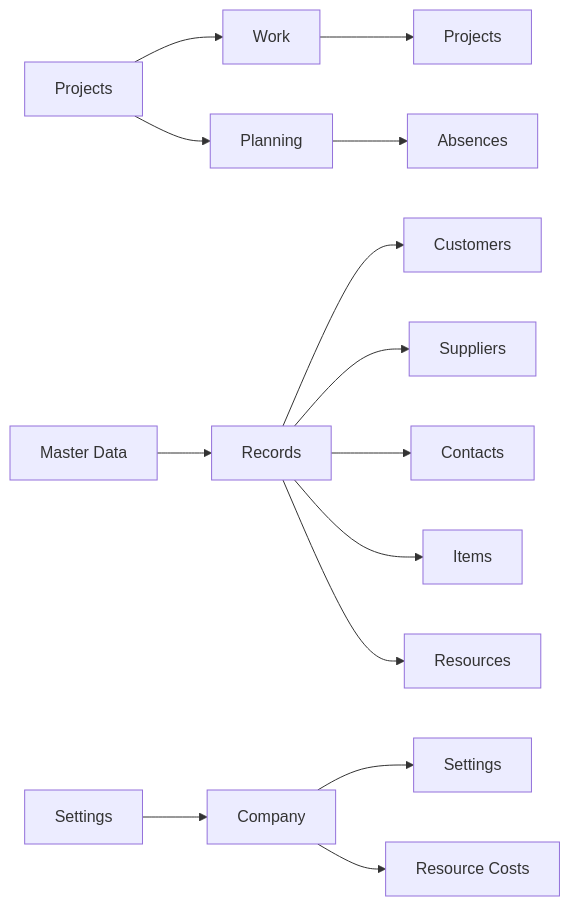
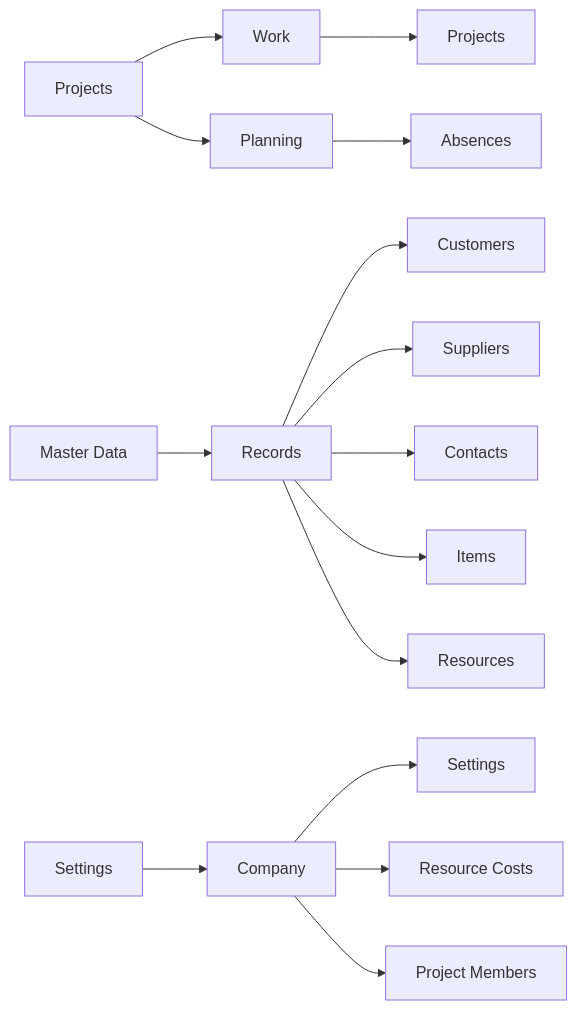
Before and after one commit to Power-Builders-Italia/ProjectIQ: the third of 3 diagrams in docs/data-model.md, drawn with Mermaid. The commit also changed other lines of this file, not shown here.

Commit message:
Fix data model doc: security table and sitemap diagram (#7)
Claude-Session: https://claude.ai/code/session_01W2LrvcvqxWmdKD8jFTXDoz

````diff
--- a/docs/data-model.md
+++ b/docs/data-model.md
@@ -113,7 +112,7 @@
 ```mermaid
 flowchart LR
   P[Projects] --> W[Work] --> PR[Projects]
   P --> PL[Planning] --> AB[Absences]
   M[Master Data] --> R[Records] --> C1[Customers] & C2[Suppliers] & C3[Contacts] & C4[Items] & C5[Resources]
-  S[Settings] --> CO[Company] --> S1[Settings] & S2[Resource Costs]
+  S[Settings] --> CO[Company] --> S1[Settings] & S2[Resource Costs] & S3[Project Members]
 ```
````
